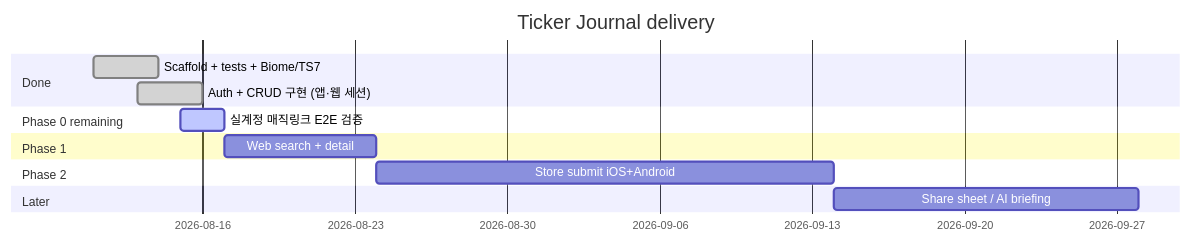
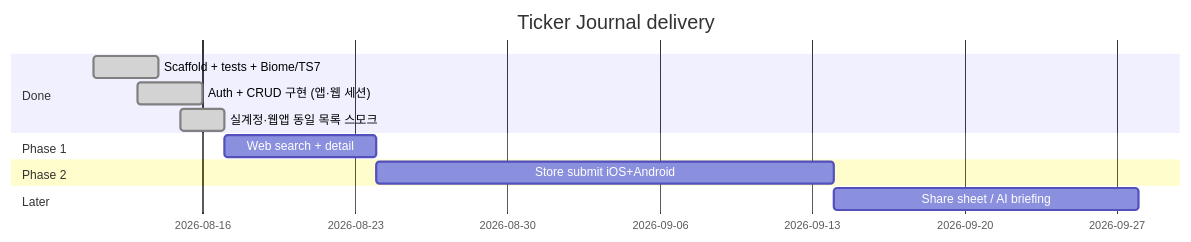
Before and after one commit to scs0209/ticker-journal: the fourth of 5 diagrams in docs/portfolio.md, drawn with Mermaid. The commit also changed other lines of this file and 1 other file, not shown here.

First line of the commit message:
docs: Phase 0 실계정 스모크 완료로 마감

````diff
--- a/docs/portfolio.md
+++ b/docs/portfolio.md
@@ -97,16 +97,15 @@
 ```mermaid
 gantt
   title Ticker Journal delivery
   dateFormat  YYYY-MM-DD
   section Done
   Scaffold + tests + Biome/TS7 :done, s0, 2026-08-11, 3d
   Auth + CRUD 구현 (앱·웹 세션) :done, p0, 2026-08-13, 3d
-  section Phase 0 remaining
-  실계정 매직링크 E2E 검증 :active, p0e, 2026-08-15, 2d
+  실계정·웹앱 동일 목록 스모크 :done, p0e, 2026-08-15, 2d
   section Phase 1
   Web search + detail        :p1, after p0e, 7d
   section Phase 2
   Store submit iOS+Android   :p2, after p1, 21d
   section Later
   Share sheet / AI briefing  :p3, after p2, 14d
 ```
````
